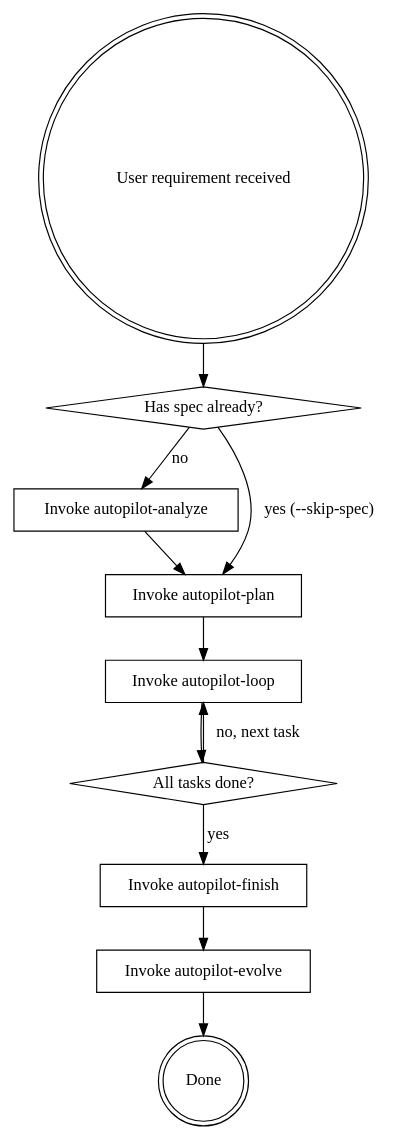
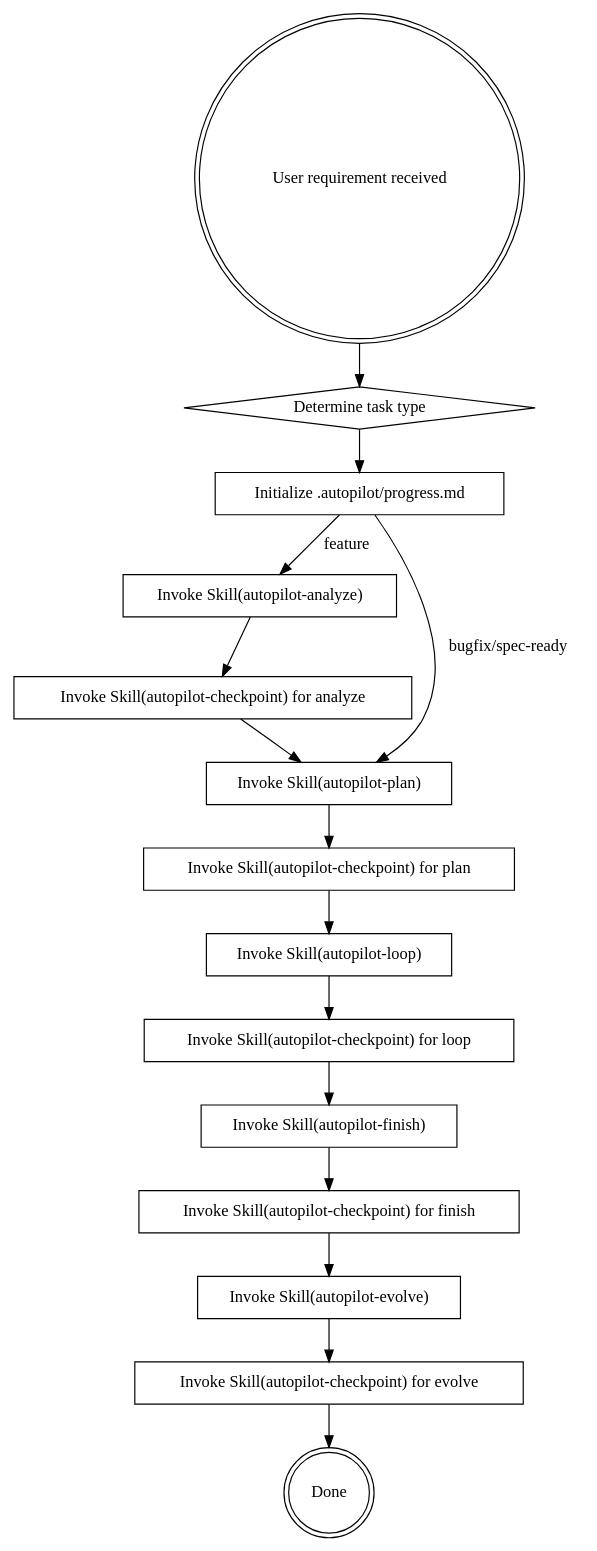
Before and after one commit to neilluo/neil-coding-autopilot: the diagram in skills/using-neil-autopilot/SKILL.md, drawn with Graphviz. The commit also changed other lines of this file and 9 other files, not shown here.

Commit message:
refactor: add 3-layer enforcement (checkpoint + progress.md + mandatory next step)

````diff
--- a/skills/using-neil-autopilot/SKILL.md
+++ b/skills/using-neil-autopilot/SKILL.md
@@ -24,25 +60,34 @@
 ```dot
 digraph autopilot {
     rankdir=TB;
     "User requirement received" [shape=doublecircle];
-    "Has spec already?" [shape=diamond];
-    "Invoke autopilot-analyze" [shape=box];
-    "Invoke autopilot-plan" [shape=box];
-    "Invoke autopilot-loop" [shape=box];
-    "All tasks done?" [shape=diamond];
-    "Invoke autopilot-finish" [shape=box];
-    "Invoke autopilot-evolve" [shape=box];
+    "Determine task type" [shape=diamond];
+    "Initialize .autopilot/progress.md" [shape=box];
+    "Invoke Skill(autopilot-analyze)" [shape=box];
+    "Invoke Skill(autopilot-checkpoint) for analyze" [shape=box];
+    "Invoke Skill(autopilot-plan)" [shape=box];
+    "Invoke Skill(autopilot-checkpoint) for plan" [shape=box];
+    "Invoke Skill(autopilot-loop)" [shape=box];
+    "Invoke Skill(autopilot-checkpoint) for loop" [shape=box];
+    "Invoke Skill(autopilot-finish)" [shape=box];
+    "Invoke Skill(autopilot-checkpoint) for finish" [shape=box];
+    "Invoke Skill(autopilot-evolve)" [shape=box];
+    "Invoke Skill(autopilot-checkpoint) for evolve" [shape=box];
     "Done" [shape=doublecircle];
 
-    "User requirement received" -> "Has spec already?";
-    "Has spec already?" -> "Invoke autopilot-plan" [label="yes (--skip-spec)"];
-    "Has spec already?" -> "Invoke autopilot-analyze" [label="no"];
-    "Invoke autopilot-analyze" -> "Invoke autopilot-plan";
-    "Invoke autopilot-plan" -> "Invoke autopilot-loop";
-    "Invoke autopilot-loop" -> "All tasks done?";
-    "All tasks done?" -> "Invoke autopilot-loop" [label="no, next task"];
-    "All tasks done?" -> "Invoke autopilot-finish" [label="yes"];
-    "Invoke autopilot-finish" -> "Invoke autopilot-evolve";
-    "Invoke autopilot-evolve" -> "Done";
+    "User requirement received" -> "Determine task type";
+    "Determine task type" -> "Initialize .autopilot/progress.md";
+    "Initialize .autopilot/progress.md" -> "Invoke Skill(autopilot-analyze)" [label="feature"];
+    "Initialize .autopilot/progress.md" -> "Invoke Skill(autopilot-plan)" [label="bugfix/spec-ready"];
+    "Invoke Skill(autopilot-analyze)" -> "Invoke Skill(autopilot-checkpoint) for analyze";
+    "Invoke Skill(autopilot-checkpoint) for analyze" -> "Invoke Skill(autopilot-plan)";
+    "Invoke Skill(autopilot-plan)" -> "Invoke Skill(autopilot-checkpoint) for plan";
+    "Invoke Skill(autopilot-checkpoint) for plan" -> "Invoke Skill(autopilot-loop)";
+    "Invoke Skill(autopilot-loop)" -> "Invoke Skill(autopilot-checkpoint) for loop";
+    "Invoke Skill(autopilot-checkpoint) for loop" -> "Invoke Skill(autopilot-finish)";
+    "Invoke Skill(autopilot-finish)" -> "Invoke Skill(autopilot-checkpoint) for finish";
+    "Invoke Skill(autopilot-checkpoint) for finish" -> "Invoke Skill(autopilot-evolve)";
+    "Invoke Skill(autopilot-evolve)" -> "Invoke Skill(autopilot-checkpoint) for evolve";
+    "Invoke Skill(autopilot-checkpoint) for evolve" -> "Done";
 }
 ```
````
